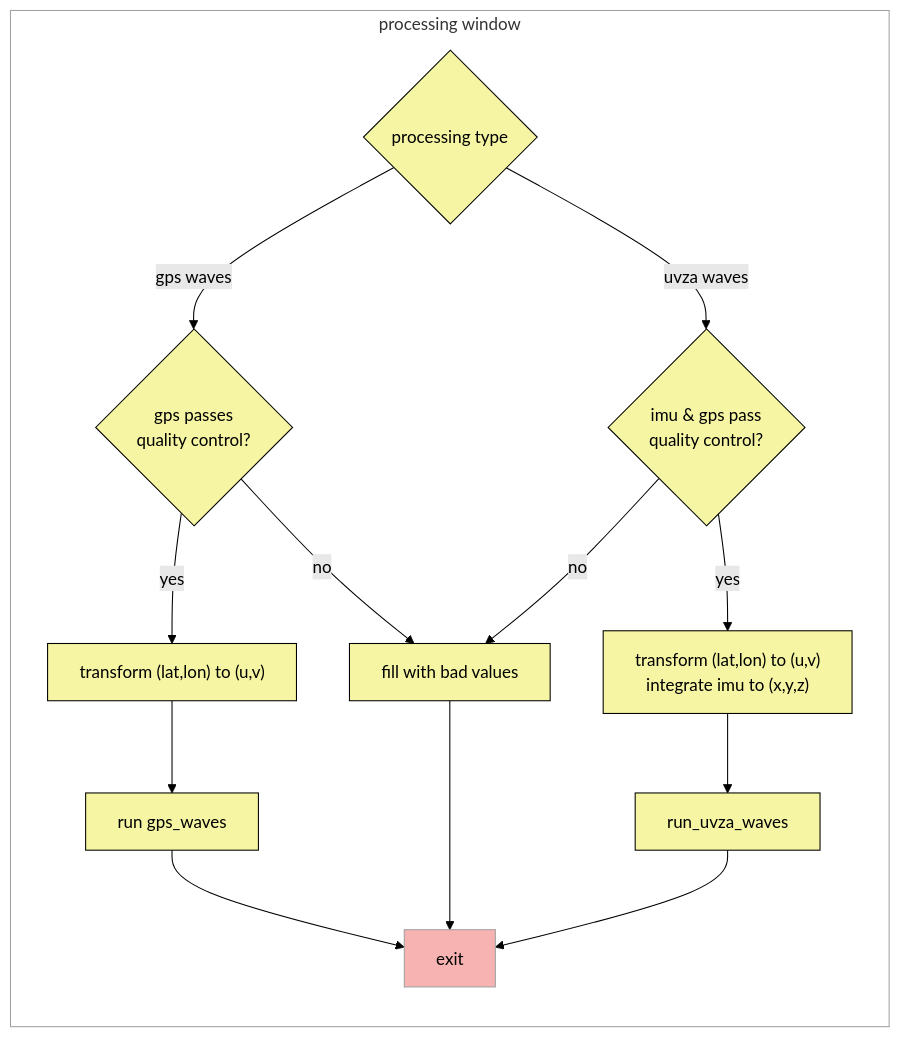
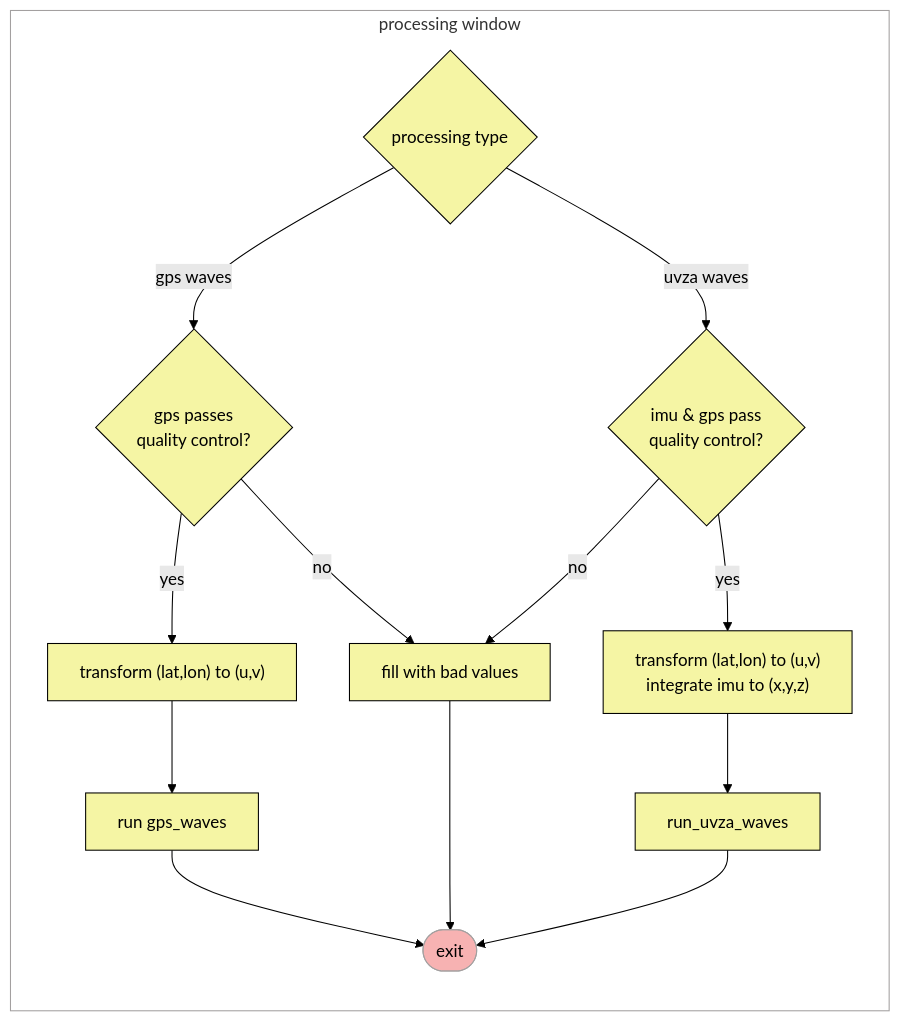
Before and after one commit to SASlabgroup/microSWIFT: the fourth of 5 diagrams in doc/Design.md, drawn with Mermaid (forest theme). The commit also changed other lines of this file, not shown here.

````diff
--- a/doc/Design.md
+++ b/doc/Design.md
@@ -125,30 +129,30 @@
 ```mermaid
 flowchart LR
     subgraph processing_window["processing window"]
     direction TB
     type{"processing type"} -->|"gps waves"| gps_good{"gps passes<br/>quality control?"}
         gps_good-->|yes| gps_to_uvz["transform (lat,lon) to (u,v)"]
             gps_to_uvz-->gps_waves[run gps_waves]
         gps_waves-->exit
         gps_good-->|no| fill_bad_values["fill with bad values"]
 
     type{"processing type"} -->|"uvza waves"| gps_and_imu_good{"imu & gps pass<br/>quality control?"}
         gps_and_imu_good-->|no| fill_bad_values["fill with bad values"]
 
         gps_and_imu_good-->|yes| transform_imu_and_gps["transform (lat,lon) to (u,v) <br/> integrate imu to (x,y,z)"]
         transform_imu_and_gps-->uvza_waves["run_uvza_waves"]
         uvza_waves-->exit
 
 
-    fill_bad_values --> exit
+    fill_bad_values --> exit([exit])
     end
 
     classDef yellow fill:#f5f5a4,stroke:#000000,stroke-width:1px
     classDef grey fill:#FFFFFF,stroke:#a3a0a0, stroke-width:1px
     classDef red fill:#f7b2b2, stroke:#a3a0a0, stroke-width:1px
     
     class processing_window grey
     class type,gps_good,gps_and_imu_good,gps_to_uvz,gps_waves,fill_bad_values,transform_imu_and_gps,uvza_waves yellow
     class exit, red
 
 ```
````
